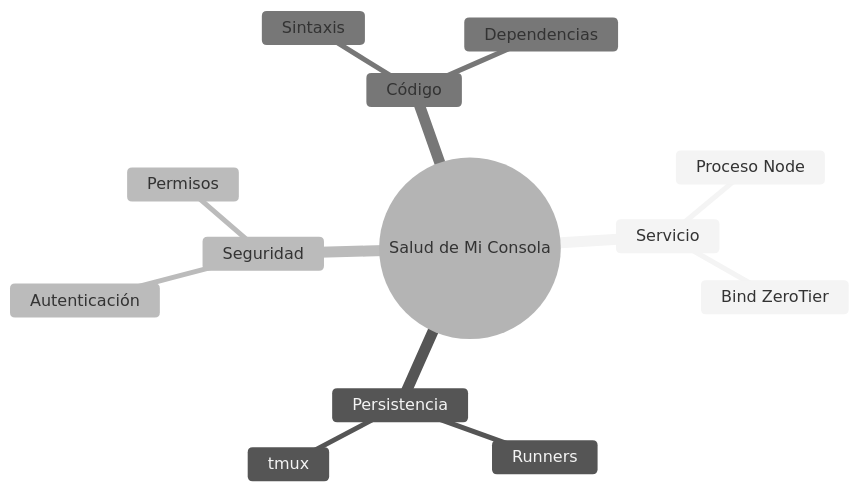
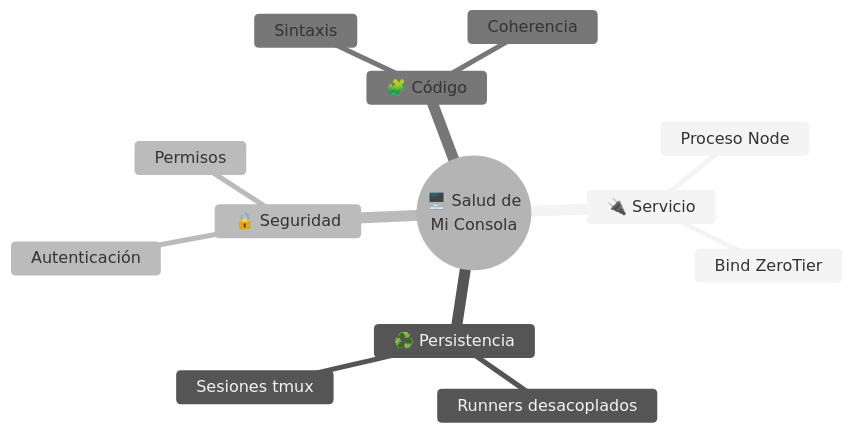
Before and after one commit to nikotux/claude-web-console: the second of 3 diagrams in .claude/skills/graficar/SKILL.md, drawn with Mermaid (neutral theme). The commit also changed other lines of this file and 51 other files, not shown here.

First line of the commit message:
Sumar módulo Novedades y modernizar diagramas Mermaid con paleta

````diff
--- a/.claude/skills/graficar/SKILL.md
+++ b/.claude/skills/graficar/SKILL.md
@@ -106,16 +178,16 @@
 ```mermaid
 mindmap
-  root((Salud de Mi Consola))
-    Servicio
+  root((🖥️ Salud de<br/>Mi Consola))
+    🔌 Servicio
       Proceso Node
       Bind ZeroTier
-    Persistencia
-      Runners
-      tmux
-    Seguridad
+    ♻️ Persistencia
+      Runners desacoplados
+      Sesiones tmux
+    🔒 Seguridad
       Autenticación
       Permisos
-    Código
+    🧩 Código
       Sintaxis
-      Dependencias
+      Coherencia
 ```
````
